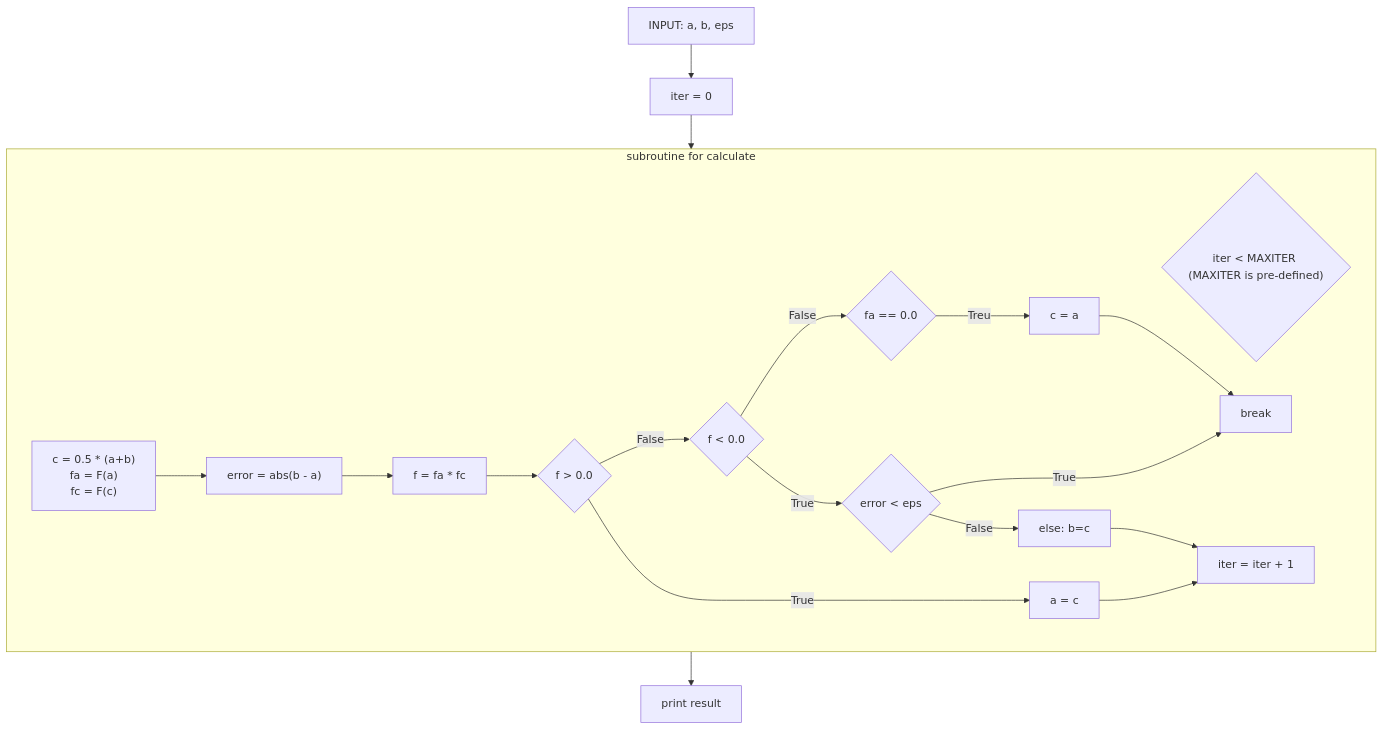
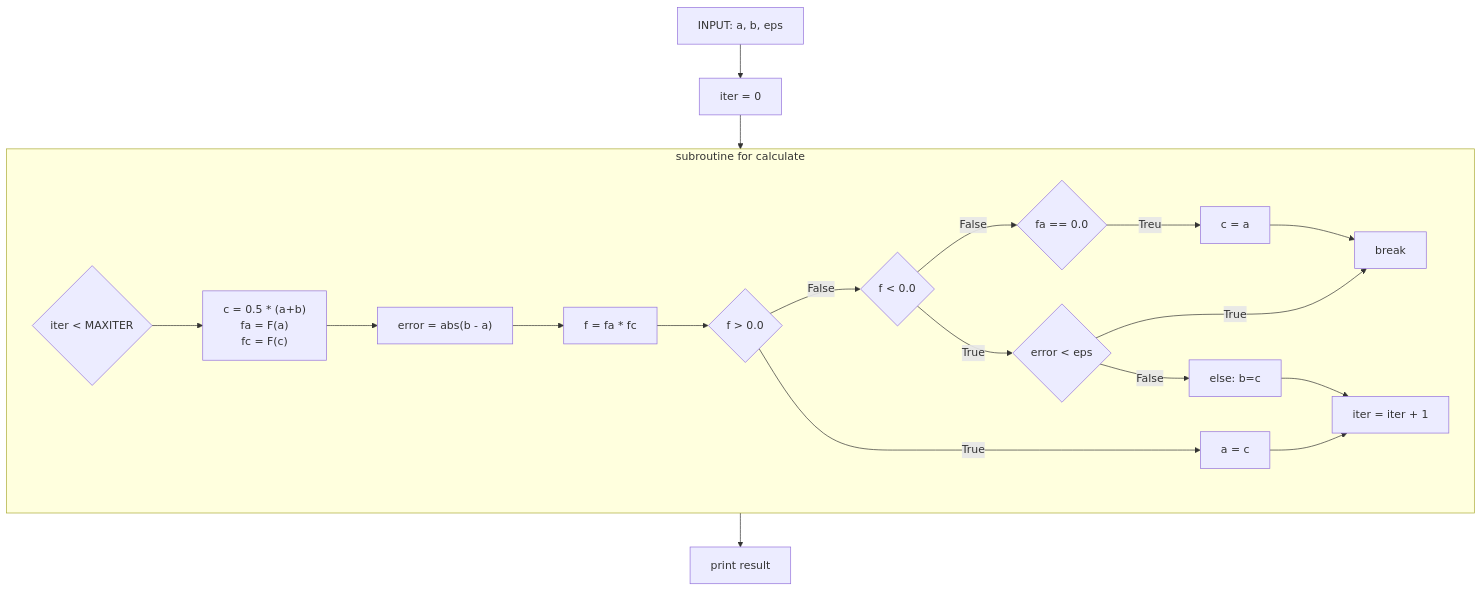
One commit to jsk0910/numerical_analysis changed the diagram in Non-linear Equations/README.md. Above: the diagram before and after it, drawn with Mermaid.

````diff
--- a/Non-linear Equations/README.md
+++ b/Non-linear Equations/README.md
@@ -26,27 +26,27 @@
 ```mermaid
 flowchart TD;
     INPUT["INPUT: a, b, eps"] --> A
     A["iter = 0"]
     subgraph while ["subroutine for calculate"]
-        whileif{"iter < MAXITER (MAXITER is pre-defined)"}
+        whileif{"iter < MAXITER"} --> whileB
         whileB["c = 0.5 * (a+b)\n fa = F(a)\n fc = F(c)"] --> whileE
         whileE["error = abs(b - a)"] --> whileF
         whileF["f = fa * fc"] --> whileIf1
         whileIf1{"f > 0.0"} -- "True" --> whileIf1True
         whileIf1True["a = c"]
         whileIf1 -- "False" --> whileIf2
         whileIf2{"f < 0.0"} -- "True" --> if1
         if1{"error < eps"} -- "True" --> break
         if1 -- "False" --> else
         else["else: b=c"]
         whileIf2 -- "False" --> if2
             if2{"fa == 0.0"} -- "Treu" --> change
             change["c = a"]
             change --> break
         iter["iter = iter + 1"]
         whileIf1True --> iter
         else --> iter
     end
     print["print result"]
     A --> while --> print
 ```
````
